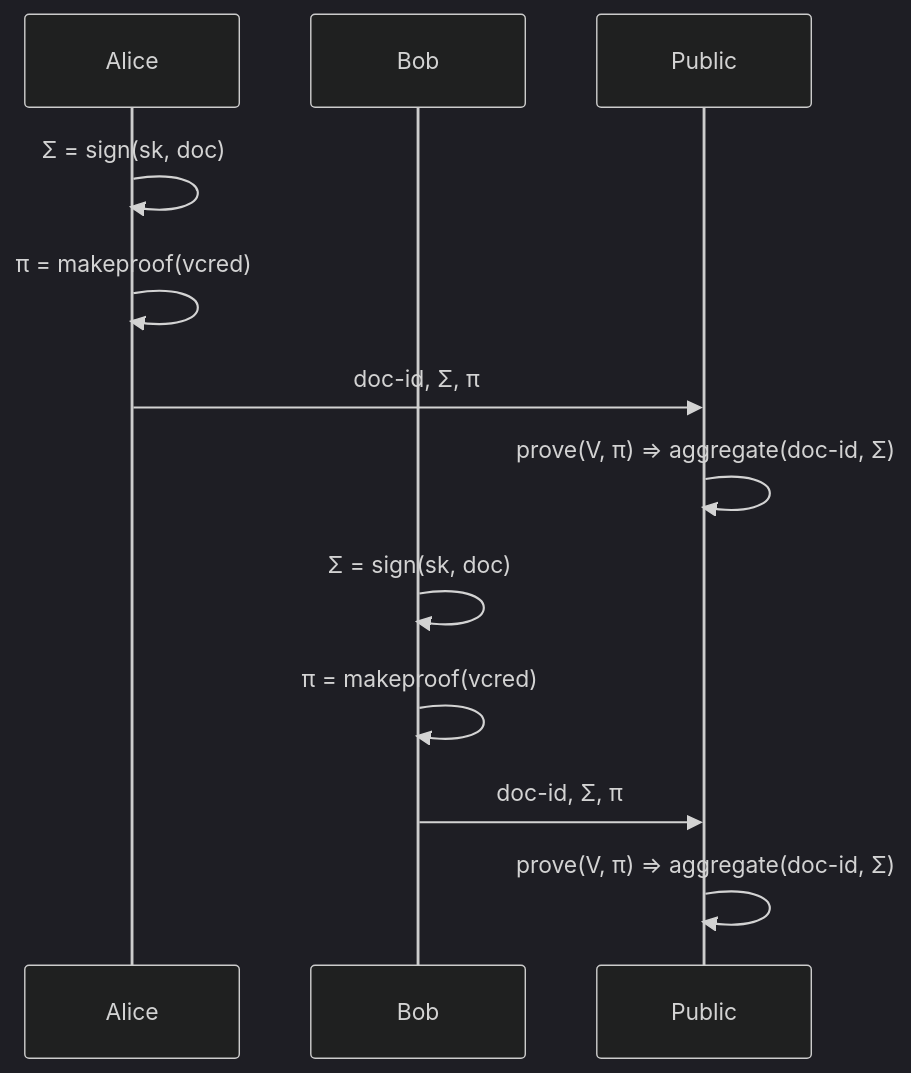
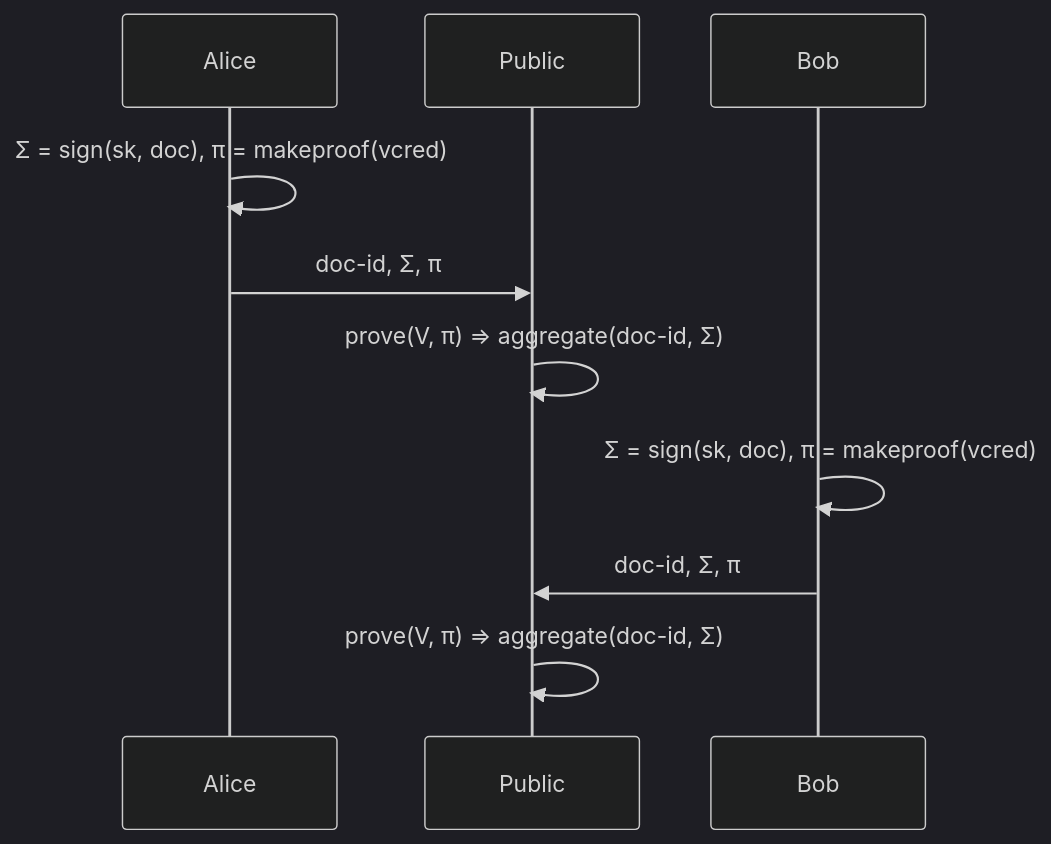
Before and after one commit to dyne/reflow-crypto: the second of 3 diagrams in README.md, drawn with Mermaid (dark theme). The commit also changed other lines of this file, not shown here.

Commit message:
updates to the scheme and notation

````diff
--- a/README.md
+++ b/README.md
@@ -41,14 +43,12 @@
 ```mermaid
 sequenceDiagram
     participant A as Alice
+    participant P as Public
     participant B as Bob
-    participant P as Public
-    A->>A: Σ = sign(sk, doc)
-    A->>A: π = makeproof(vcred)
+    A->>A: Σ = sign(sk, doc), π = makeproof(vcred)
     A->>P: doc-id, Σ, π
     P->>P: prove(V, π) => aggregate(doc-id, Σ)
-    B->>B: Σ = sign(sk, doc)
-    B->>B: π = makeproof(vcred)
+    B->>B: Σ = sign(sk, doc), π = makeproof(vcred)
     B->>P: doc-id, Σ, π
     P->>P: prove(V, π) => aggregate(doc-id, Σ)
 ```
````
